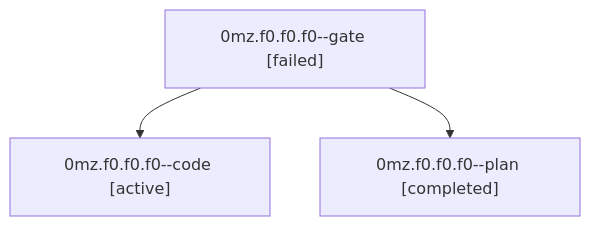
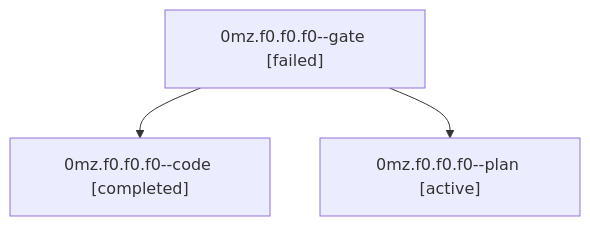
The diagram in families/bbugyi200.athena.0mz.f0.f0.f0.md (bobs-org/bob-cli--agents), drawn with Mermaid before and after one commit. The commit also changed other lines of this file and 1279 other files, not shown here.

````diff
--- a/families/bbugyi200.athena.0mz.f0.f0.f0.md
+++ b/families/bbugyi200.athena.0mz.f0.f0.f0.md
@@ -9,8 +9,8 @@
 ```mermaid
 flowchart TD
   n0["0mz.f0.f0.f0--gate [failed]"]
-  n1["0mz.f0.f0.f0--code [active]"]
+  n1["0mz.f0.f0.f0--code [completed]"]
   n0 --> n1
-  n2["0mz.f0.f0.f0--plan [completed]"]
+  n2["0mz.f0.f0.f0--plan [active]"]
   n0 --> n2
 ```
````
